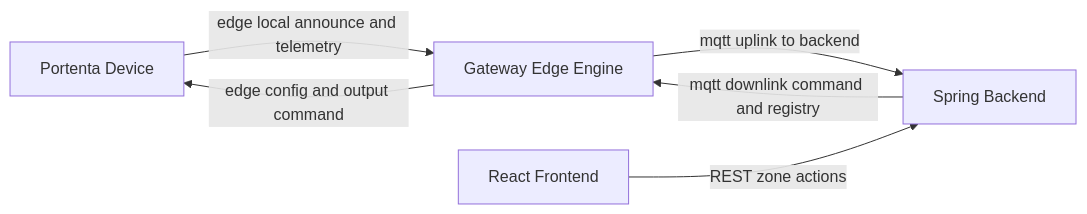
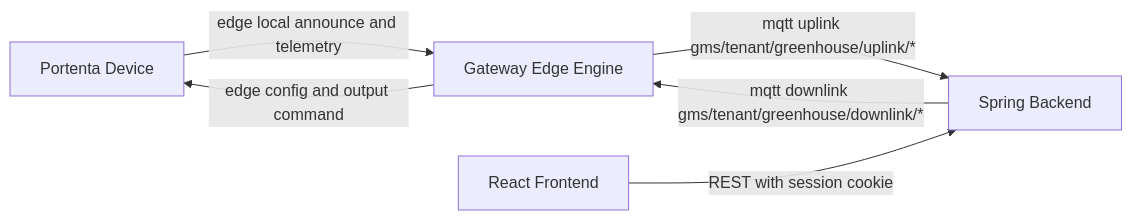
One commit to gms-pbl/gms-backend changed the diagram in README.md. Above: the diagram before and after it, drawn with Mermaid. The commit also changed other lines of this file, not shown here.

Commit message:
docs(backend): document session auth and tenant-scoped greenhouse routes

````diff
--- a/README.md
+++ b/README.md
@@ -30,8 +31,8 @@
 ```mermaid
 flowchart LR
   D[Portenta Device] -->|edge local announce and telemetry| G[Gateway Edge Engine]
-  G -->|mqtt uplink to backend| B[Spring Backend]
-  F[React Frontend] -->|REST zone actions| B
-  B -->|mqtt downlink command and registry| G
+  G -->|mqtt uplink gms/tenant/greenhouse/uplink/*| B[Spring Backend]
+  F[React Frontend] -->|REST with session cookie| B
+  B -->|mqtt downlink gms/tenant/greenhouse/downlink/*| G
   G -->|edge config and output command| D
 ```
````
